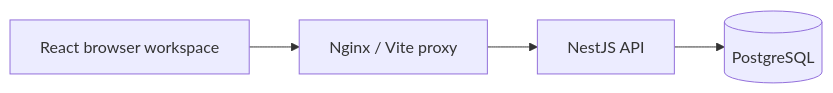
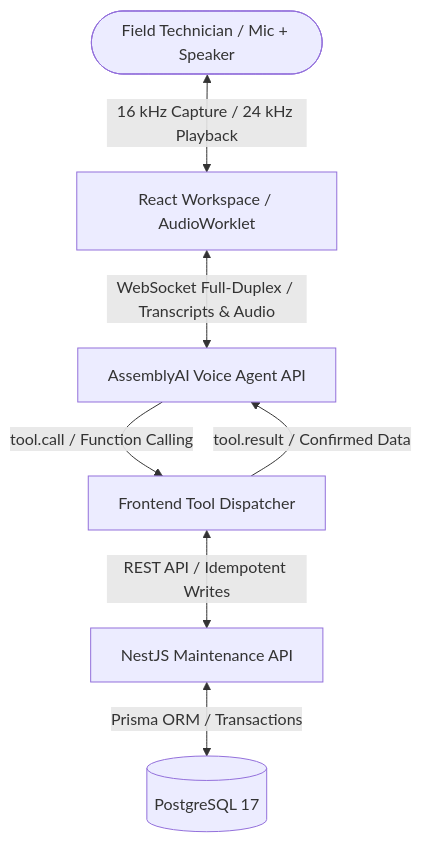
One commit to emeralddd123/fieldMateAI changed the diagram in README.md. Above: the diagram before and after it, drawn with Mermaid. The commit also changed other lines of this file and 1 other file, not shown here.

Commit message:
docs: finalize README and add complete domain keyterm hints for AssemblyAI session

````diff
--- a/README.md
+++ b/README.md
@@ -52,6 +34,12 @@
 ```mermaid
-flowchart LR
-    Browser[React browser workspace] --> Web[Nginx / Vite proxy]
-    Web --> API[NestJS API]
-    API --> DB[(PostgreSQL)]
+flowchart TD
+    Tech([Field Technician / Mic + Speaker]) <-->|16 kHz Capture / 24 kHz Playback| Web[React Workspace / AudioWorklet]
+
+    Web <-->|WebSocket Full-Duplex / Transcripts & Audio| AAI[AssemblyAI Voice Agent API]
+
+    AAI -->|tool.call / Function Calling| Disp[Frontend Tool Dispatcher]
+    Disp -->|tool.result / Confirmed Data| AAI
+
+    Disp <-->|REST API / Idempotent Writes| API[NestJS Maintenance API]
+    API <-->|Prisma ORM / Transactions| DB[(PostgreSQL 17)]
 ```
````
